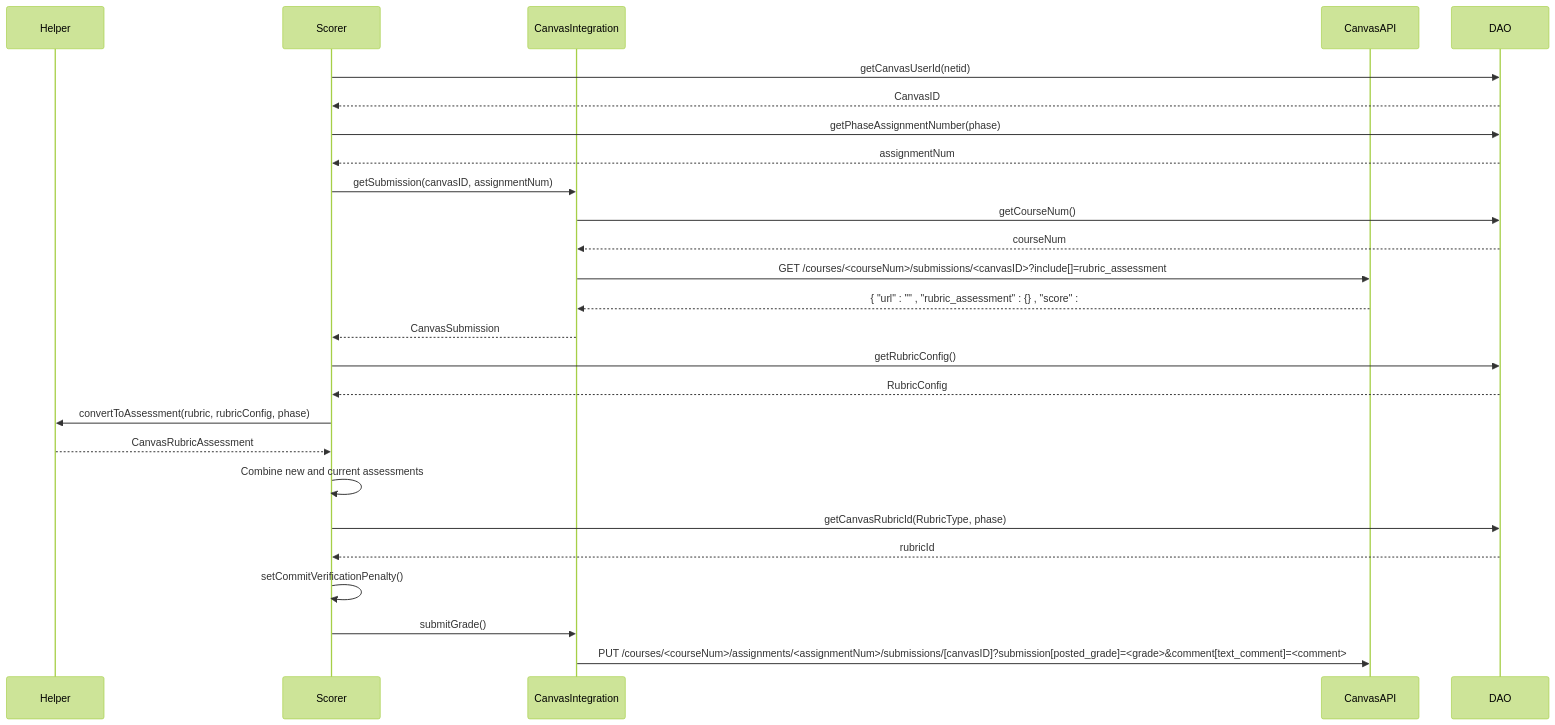
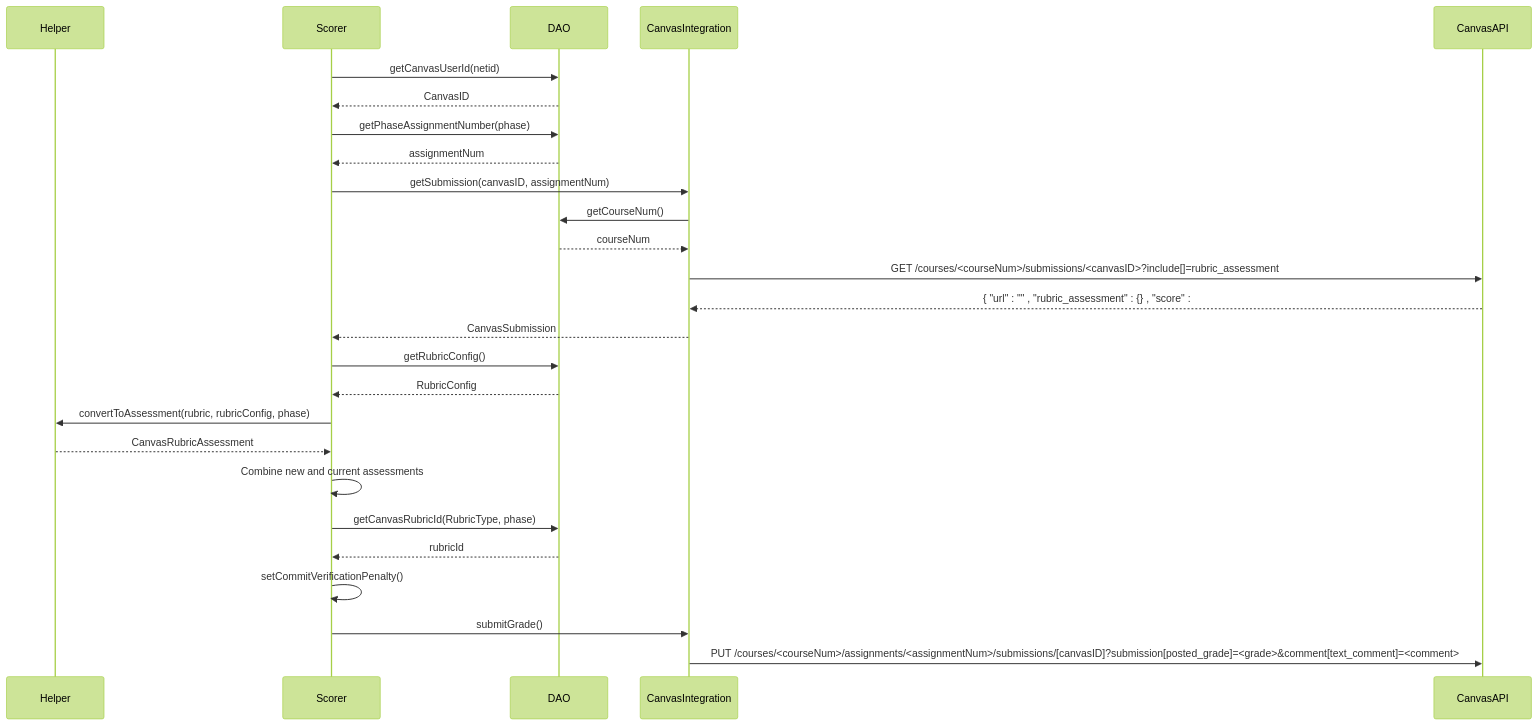
The third of 3 diagrams in docs/overall-grading-flow.md (softwareconstruction240/autograder), drawn with Mermaid (forest theme) before and after one commit. The commit also changed other lines of this file, not shown here.

````diff
--- a/docs/overall-grading-flow.md
+++ b/docs/overall-grading-flow.md
@@ -190,31 +190,31 @@
 ```mermaid
 sequenceDiagram
     participant Helper
     participant Scorer
+    participant dao as DAO
     participant ci as CanvasIntegration
     participant cAPI as CanvasAPI
-    participant dao as DAO
     
     Scorer->>dao:getCanvasUserId(netid)
     dao-->>Scorer:CanvasID
     Scorer->>dao:getPhaseAssignmentNumber(phase)
     dao-->>Scorer:assignmentNum
     
     Scorer->>ci:getSubmission(canvasID, assignmentNum)
     ci->>dao:getCourseNum()
     dao-->>ci:courseNum
     ci->>cAPI:GET /courses/<courseNum>/submissions/<canvasID>?include[]=rubric_assessment
     cAPI-->>ci:{ "url" : "" , "rubric_assessment" : {} , "score" : # }
     ci-->>Scorer:CanvasSubmission
     
     Scorer->>dao:getRubricConfig()
     dao-->>Scorer:RubricConfig
     Scorer->>Helper:convertToAssessment(rubric, rubricConfig, phase)
     Helper-->>Scorer:CanvasRubricAssessment
     Scorer->>Scorer:Combine new and current assessments
     Scorer->>dao:getCanvasRubricId(RubricType, phase)
     dao-->>Scorer:rubricId
     Scorer->>Scorer:setCommitVerificationPenalty()
     Scorer->>ci:submitGrade()
     ci->>cAPI:PUT /courses/<courseNum>/assignments/<assignmentNum>/submissions/[canvasID]?submission[posted_grade]=<grade>&comment[text_comment]=<comment>    
 ```
````
